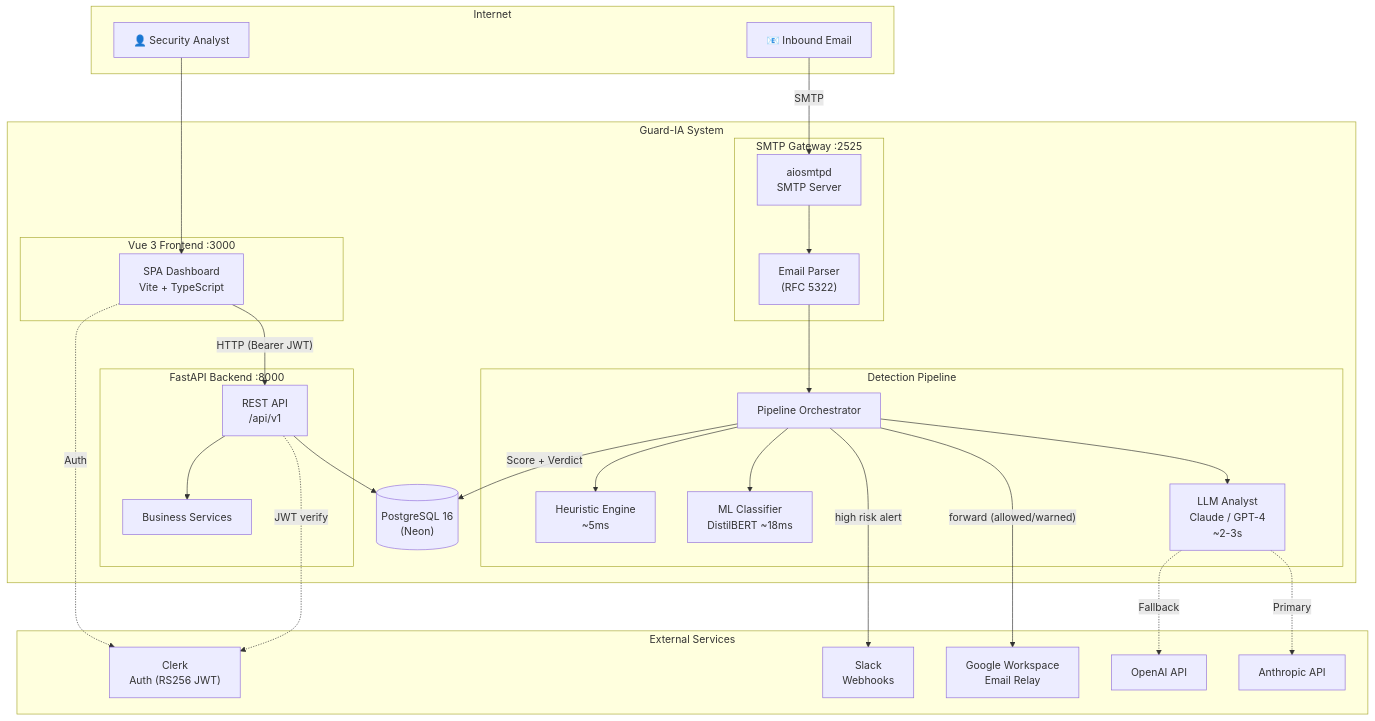
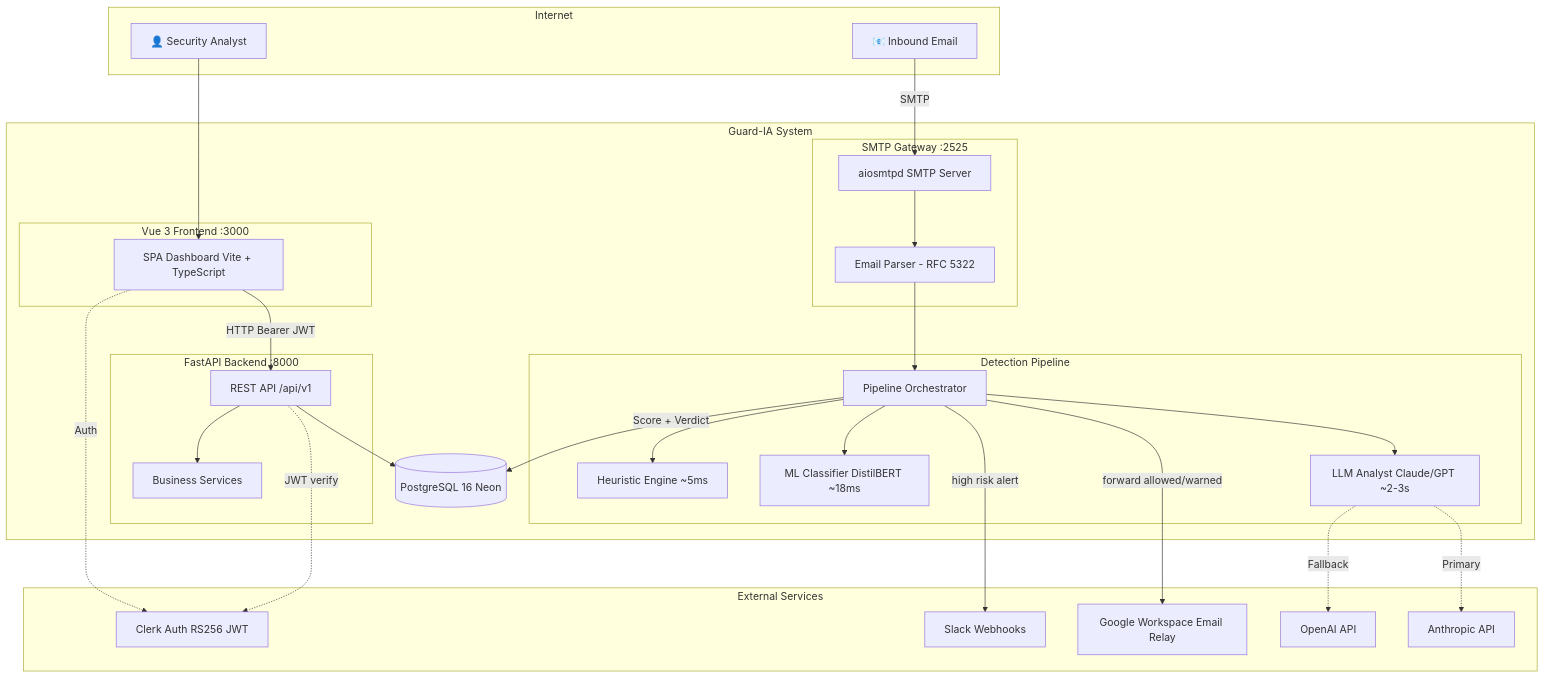
Before and after one commit to sogliano/guardia: the first of 7 diagrams in docs/ARCHITECTURE.md, drawn with Mermaid. The commit also changed other lines of this file and 2 other files, not shown here.

````diff
--- a/docs/ARCHITECTURE.md
+++ b/docs/ARCHITECTURE.md
@@ -40,59 +40,59 @@
 ```mermaid
 graph TB
     subgraph Internet
         EMAIL["📧 Inbound Email"]
         ANALYST["👤 Security Analyst"]
     end
 
     subgraph GUARDIA["Guard-IA System"]
         subgraph Gateway["SMTP Gateway :2525"]
-            SMTP["aiosmtpd\nSMTP Server"]
-            PARSER["Email Parser\n(RFC 5322)"]
+            SMTP["aiosmtpd SMTP Server"]
+            PARSER["Email Parser - RFC 5322"]
         end
 
         subgraph Pipeline["Detection Pipeline"]
             ORCH["Pipeline Orchestrator"]
-            HEUR["Heuristic Engine\n~5ms"]
-            ML["ML Classifier\nDistilBERT ~18ms"]
-            LLM["LLM Analyst\nClaude / GPT-4\n~2-3s"]
+            HEUR["Heuristic Engine ~5ms"]
+            ML["ML Classifier DistilBERT ~18ms"]
+            LLM["LLM Analyst Claude/GPT ~2-3s"]
         end
 
         subgraph Backend["FastAPI Backend :8000"]
-            API["REST API\n/api/v1"]
+            API["REST API /api/v1"]
             SERVICES["Business Services"]
         end
 
         subgraph Frontend["Vue 3 Frontend :3000"]
-            SPA["SPA Dashboard\nVite + TypeScript"]
+            SPA["SPA Dashboard Vite + TypeScript"]
         end
 
-        DB[("PostgreSQL 16\n(Neon)")]
+        DB[("PostgreSQL 16 Neon")]
     end
 
     subgraph External["External Services"]
-        CLERK["Clerk\nAuth (RS256 JWT)"]
-        SLACK["Slack\nWebhooks"]
-        GOOGLE["Google Workspace\nEmail Relay"]
+        CLERK["Clerk Auth RS256 JWT"]
+        SLACK["Slack Webhooks"]
+        GOOGLE["Google Workspace Email Relay"]
         OPENAI["OpenAI API"]
         ANTHROPIC["Anthropic API"]
     end
 
     EMAIL -->|SMTP| SMTP
     SMTP --> PARSER
     PARSER --> ORCH
     ORCH --> HEUR
     ORCH --> ML
     ORCH --> LLM
     LLM -.->|Primary| ANTHROPIC
     LLM -.->|Fallback| OPENAI
     ORCH -->|Score + Verdict| DB
-    ORCH -->|"forward (allowed/warned)"| GOOGLE
+    ORCH -->|"forward allowed/warned"| GOOGLE
     ORCH -->|"high risk alert"| SLACK
 
     API --> DB
     API --> SERVICES
-    SPA -->|"HTTP (Bearer JWT)"| API
+    SPA -->|"HTTP Bearer JWT"| API
     ANALYST --> SPA
     SPA -.->|Auth| CLERK
     API -.->|JWT verify| CLERK
 ```
````
